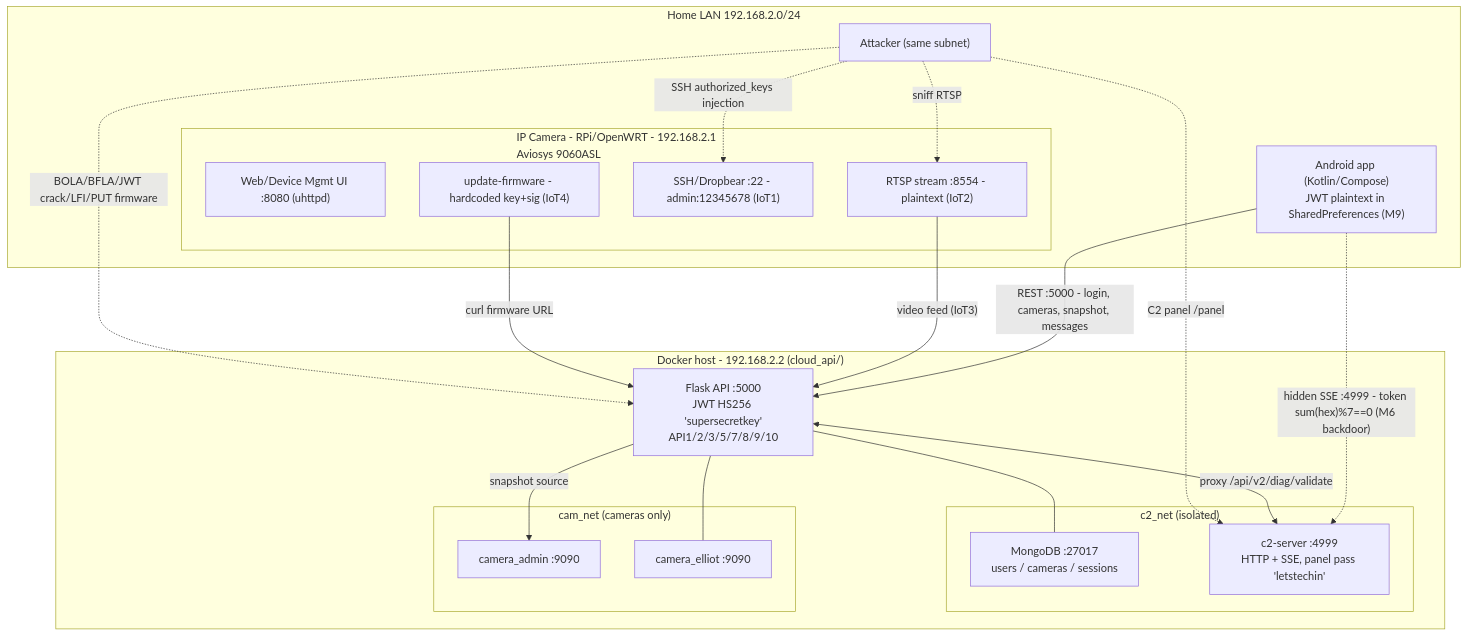
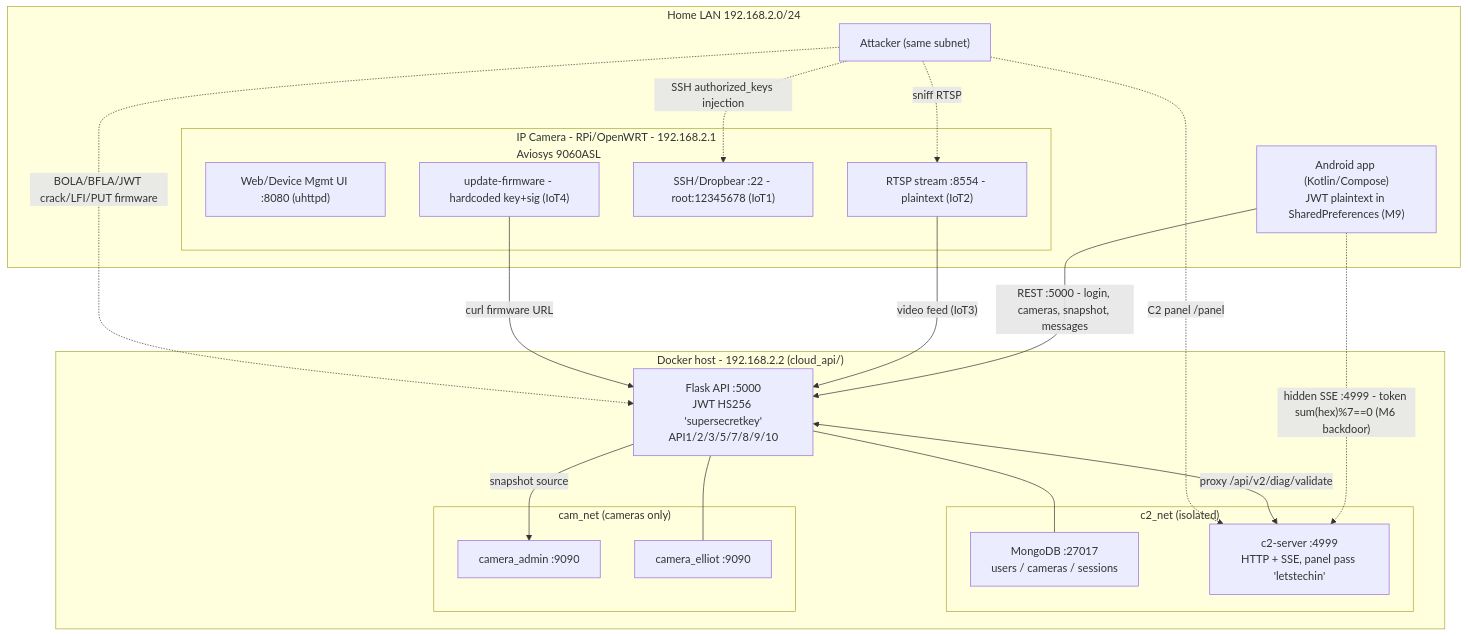
Before and after one commit to DEKRA-Cybersecurity/VulnZoo: the diagram in src/docs/OwlCam/README.md, drawn with Mermaid. The commit also changed other lines of this file and 2 other files, not shown here.

````diff
--- a/src/docs/OwlCam/README.md
+++ b/src/docs/OwlCam/README.md
@@ -137,39 +151,39 @@
 ```mermaid
 flowchart TB
     subgraph LAN["Home LAN 192.168.2.0/24"]
         ATT["Attacker (same subnet)"]
         MOB["Android app (Kotlin/Compose)<br/>JWT plaintext in SharedPreferences (M9)"]
         subgraph CAM["IP Camera - RPi/OpenWRT - 192.168.2.1<br/>Aviosys 9060ASL"]
             WEB["Web/Device Mgmt UI :8080 (uhttpd)"]
             RTSP["RTSP stream :8554 - plaintext (IoT2)"]
-            SSH["SSH/Dropbear :22 - admin:12345678 (IoT1)"]
+            SSH["SSH/Dropbear :22 - root:12345678 (IoT1)"]
             FW["update-firmware - hardcoded key+sig (IoT4)"]
         end
     end
 
     subgraph HOST["Docker host - 192.168.2.2 (cloud_api/)"]
         API["Flask API :5000<br/>JWT HS256 'supersecretkey'<br/>API1/2/3/5/7/8/9/10"]
         subgraph C2NET["c2_net (isolated)"]
             MONGO["MongoDB :27017<br/>users / cameras / sessions"]
             C2["c2-server :4999<br/>HTTP + SSE, panel pass 'letstechin'"]
         end
         subgraph CAMNET["cam_net (cameras only)"]
             CADMIN["camera_admin :9090"]
             CELLIOT["camera_elliot :9090"]
         end
     end
 
     MOB -->|"REST :5000 - login, cameras, snapshot, messages"| API
     MOB -.->|"hidden SSE :4999 - token sum(hex)%7==0 (M6 backdoor)"| C2
     API <-->|"proxy /api/v2/diag/validate"| C2
     API --- MONGO
     API -->|"snapshot source"| CADMIN
     API --- CELLIOT
     RTSP -->|"video feed (IoT3)"| API
     FW -->|"curl firmware URL"| API
 
     ATT -.->|"sniff RTSP"| RTSP
     ATT -.->|"SSH authorized_keys injection"| SSH
     ATT -.->|"BOLA/BFLA/JWT crack/LFI/PUT firmware"| API
     ATT -.->|"C2 panel /panel"| C2
 ```
````
